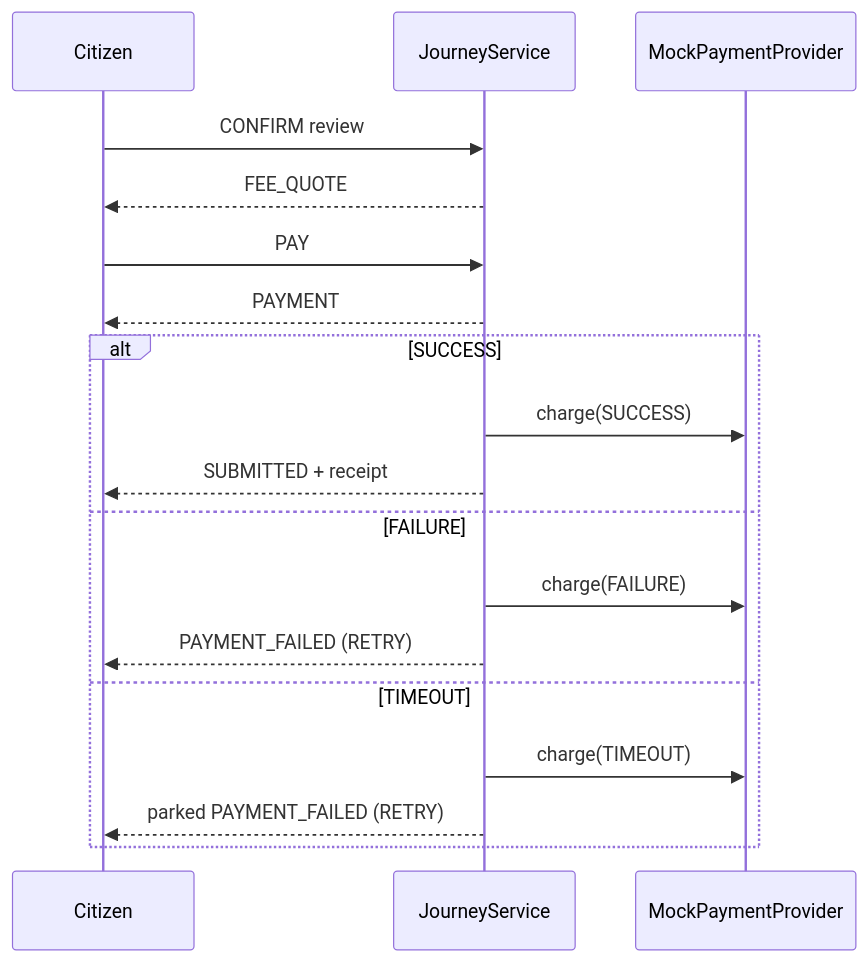
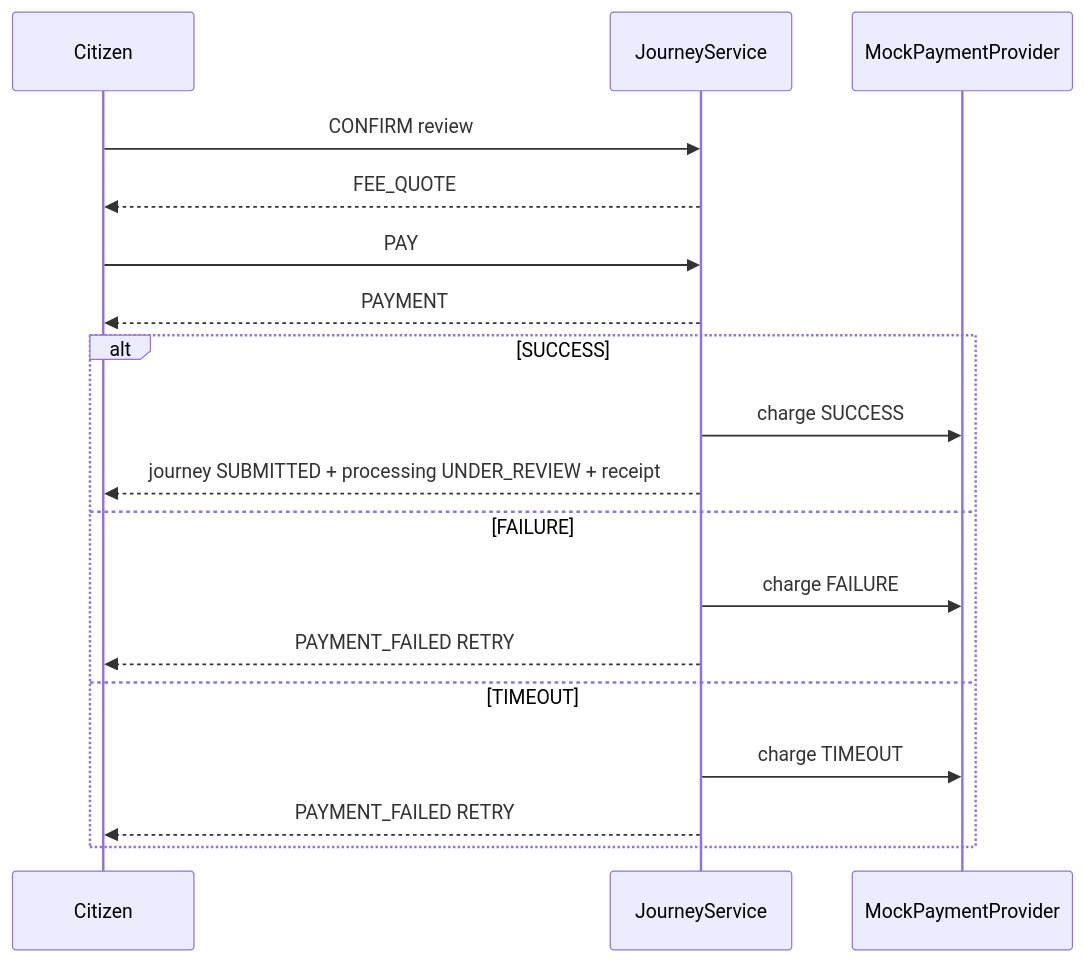
One commit to Gautamprakash17/multilingual-voice-revenue-services changed diagram 14 of 15 in docs/diagrams.md. Above: the diagram before and after it, drawn with Mermaid. The commit also changed other lines of this file and 2 other files, not shown here.

First line of the commit message:
docs: sync architecture diagrams and data classification with codebase

````diff
--- a/docs/diagrams.md
+++ b/docs/diagrams.md
@@ -149,20 +397,20 @@
 ```mermaid
 sequenceDiagram
   participant U as Citizen
   participant J as JourneyService
   participant P as MockPaymentProvider
   U->>J: CONFIRM review
   J-->>U: FEE_QUOTE
   U->>J: PAY
   J-->>U: PAYMENT
   alt SUCCESS
-    J->>P: charge(SUCCESS)
-    J-->>U: SUBMITTED + receipt
+    J->>P: charge SUCCESS
+    J-->>U: journey SUBMITTED + processing UNDER_REVIEW + receipt
   else FAILURE
-    J->>P: charge(FAILURE)
-    J-->>U: PAYMENT_FAILED (RETRY)
+    J->>P: charge FAILURE
+    J-->>U: PAYMENT_FAILED RETRY
   else TIMEOUT
-    J->>P: charge(TIMEOUT)
-    J-->>U: parked PAYMENT_FAILED (RETRY)
+    J->>P: charge TIMEOUT
+    J-->>U: PAYMENT_FAILED RETRY
   end
 ```
````
